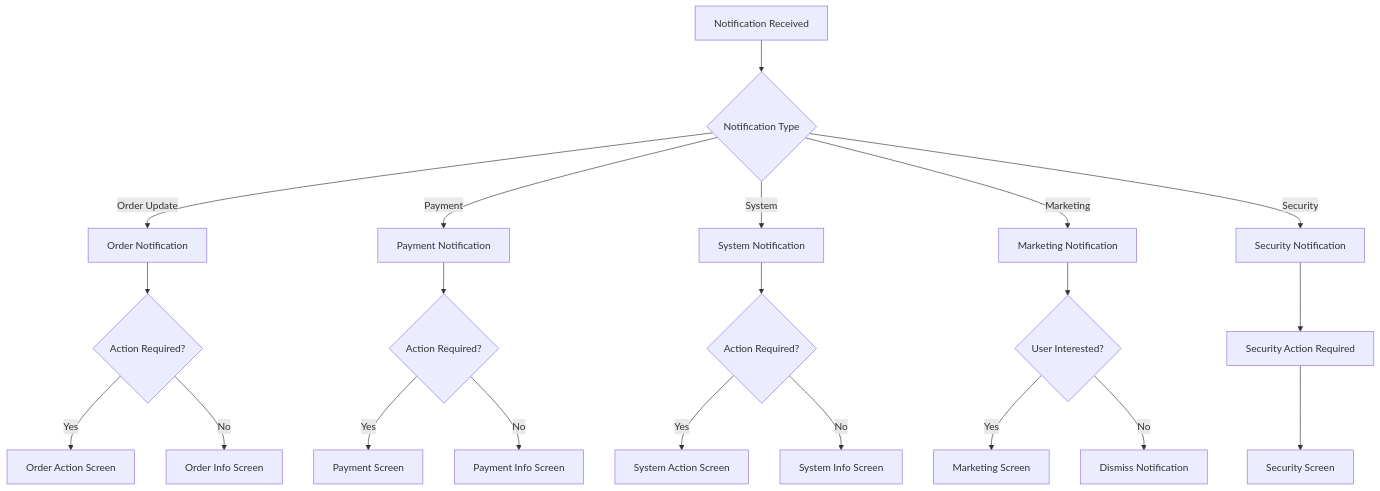
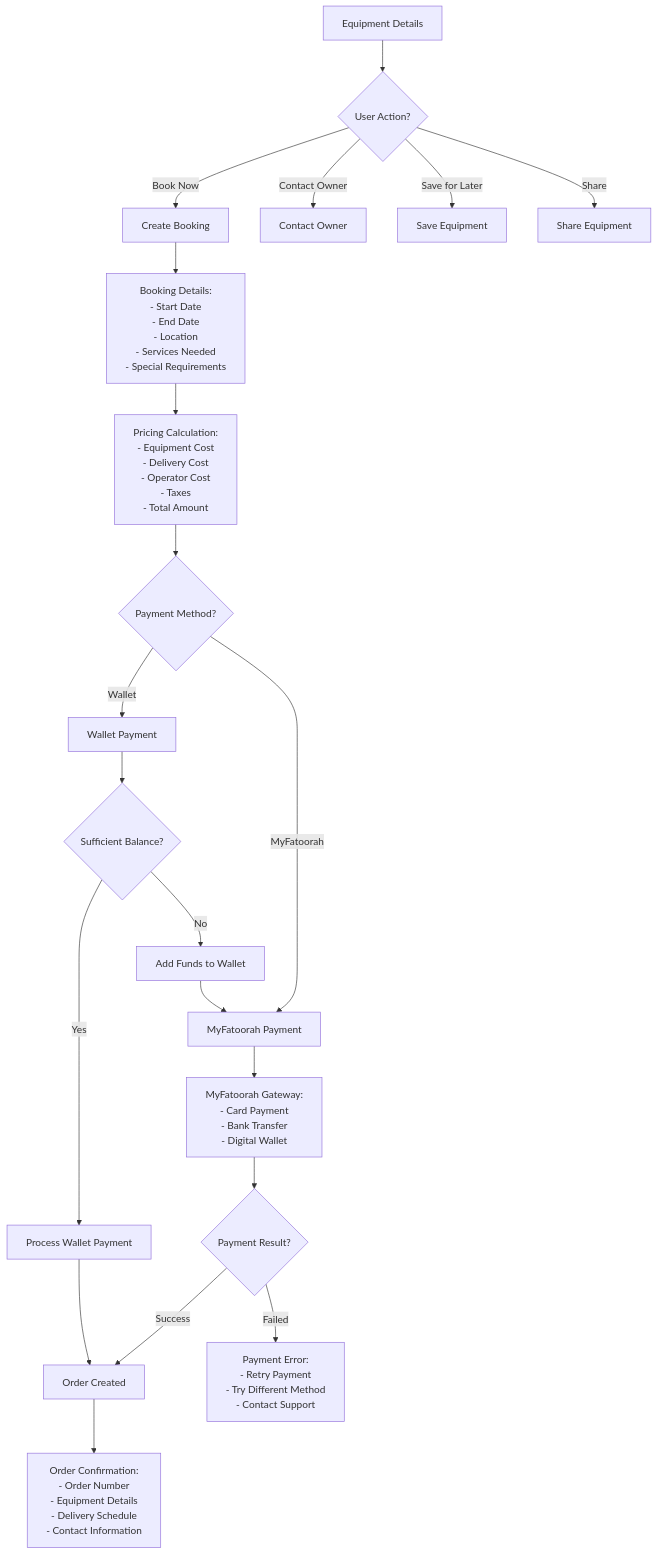
Diagram 11 of 20 in 04_User_Experience_Flows.md (engaotb/YARDR), drawn with Mermaid before and after one commit. The commit also changed other lines of this file, not shown here.

First line of the commit message:
Complete redesign of User Experience Flows

````diff
--- a/04_User_Experience_Flows.md
+++ b/04_User_Experience_Flows.md
@@ -678,29 +311,31 @@
 ```mermaid
 flowchart TD
-    Notification[Notification Received] --> NotificationType{Notification Type}
+    EquipmentDetails[Equipment Details] --> UserAction{User Action?}
     
-    NotificationType -->|Order Update| OrderNotification[Order Notification]
-    NotificationType -->|Payment| PaymentNotification[Payment Notification]
-    NotificationType -->|System| SystemNotification[System Notification]
-    NotificationType -->|Marketing| MarketingNotification[Marketing Notification]
-    NotificationType -->|Security| SecurityNotification[Security Notification]
+    UserAction -->|Book Now| CreateBooking[Create Booking]
+    UserAction -->|Contact Owner| ContactOwner[Contact Owner]
+    UserAction -->|Save for Later| SaveEquipment[Save Equipment]
+    UserAction -->|Share| ShareEquipment[Share Equipment]
     
-    OrderNotification --> OrderAction{Action Required?}
-    OrderAction -->|Yes| OrderActionScreen[Order Action Screen]
-    OrderAction -->|No| OrderInfoScreen[Order Info Screen]
+    CreateBooking --> BookingDetails[Booking Details:<br/>- Start Date<br/>- End Date<br/>- Location<br/>- Services Needed<br/>- Special Requirements]
     
-    PaymentNotification --> PaymentAction{Action Required?}
-    PaymentAction -->|Yes| PaymentScreen[Payment Screen]
-    PaymentAction -->|No| PaymentInfoScreen[Payment Info Screen]
+    BookingDetails --> PricingCalculation[Pricing Calculation:<br/>- Equipment Cost<br/>- Delivery Cost<br/>- Operator Cost<br/>- Taxes<br/>- Total Amount]
     
-    SystemNotification --> SystemAction{Action Required?}
-    SystemAction -->|Yes| SystemActionScreen[System Action Screen]
-    SystemAction -->|No| SystemInfoScreen[System Info Screen]
+    PricingCalculation --> PaymentMethod{Payment Method?}
+    PaymentMethod -->|Wallet| WalletPayment[Wallet Payment]
+    PaymentMethod -->|MyFatoorah| MyFatoorahPayment[MyFatoorah Payment]
     
-    MarketingNotification --> MarketingAction{User Interested?}
-    MarketingAction -->|Yes| MarketingScreen[Marketing Screen]
-    MarketingAction -->|No| DismissNotification[Dismiss Notification]
+    WalletPayment --> CheckBalance{Sufficient Balance?}
+    CheckBalance -->|Yes| ProcessWalletPayment[Process Wallet Payment]
+    CheckBalance -->|No| AddFunds[Add Funds to Wallet]
+    AddFunds --> MyFatoorahPayment
     
-    SecurityNotification --> SecurityAction[Security Action Required]
-    SecurityAction --> SecurityScreen[Security Screen]
+    MyFatoorahPayment --> PaymentGateway[MyFatoorah Gateway:<br/>- Card Payment<br/>- Bank Transfer<br/>- Digital Wallet]
+    PaymentGateway --> PaymentResult{Payment Result?}
+    
+    PaymentResult -->|Success| OrderCreated[Order Created]
+    PaymentResult -->|Failed| PaymentError[Payment Error:<br/>- Retry Payment<br/>- Try Different Method<br/>- Contact Support]
+    
+    ProcessWalletPayment --> OrderCreated
+    OrderCreated --> OrderConfirmation[Order Confirmation:<br/>- Order Number<br/>- Equipment Details<br/>- Delivery Schedule<br/>- Contact Information]
 ```
````
